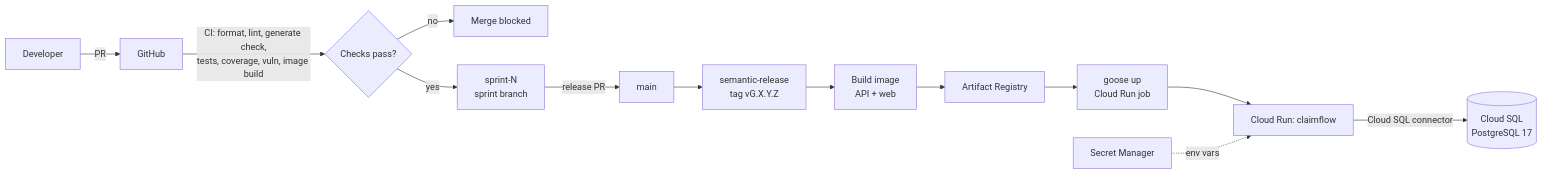
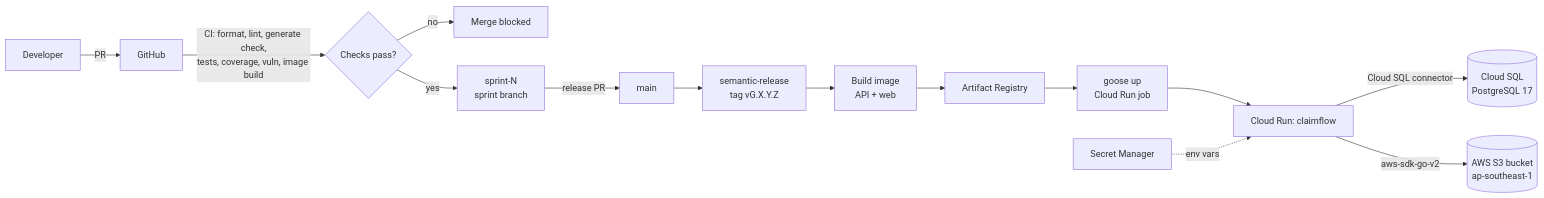
The fourth of 4 diagrams in docs/system-sds.md (beambeambeam/claimflow), drawn with Mermaid before and after one commit. The commit also changed other lines of this file and 7 other files, not shown here.

````diff
--- a/docs/system-sds.md
+++ b/docs/system-sds.md
@@ -657,15 +750,16 @@
 ```mermaid
 flowchart LR
     Dev[Developer] -->|PR| GH[GitHub]
     GH -->|CI: format, lint, generate check,<br/>tests, coverage, vuln, image build| CI{Checks pass?}
     CI -- no --> Block[Merge blocked]
     CI -- yes --> Stg[sprint-N<br/>sprint branch]
     Stg -->|release PR| Main[main]
     Main --> Rel[semantic-release<br/>tag vG.X.Y.Z]
     Rel --> Build[Build image<br/>API + web]
     Build --> AR[Artifact Registry]
     AR --> Mig[goose up<br/>Cloud Run job]
     Mig --> CR[Cloud Run: claimflow]
     CR -- Cloud SQL connector --> SQL[(Cloud SQL<br/>PostgreSQL 17)]
     SM[Secret Manager] -. env vars .-> CR
+    CR -- "aws-sdk-go-v2" --> AS3[(AWS S3 bucket<br/>ap-southeast-1)]
 ```
````
